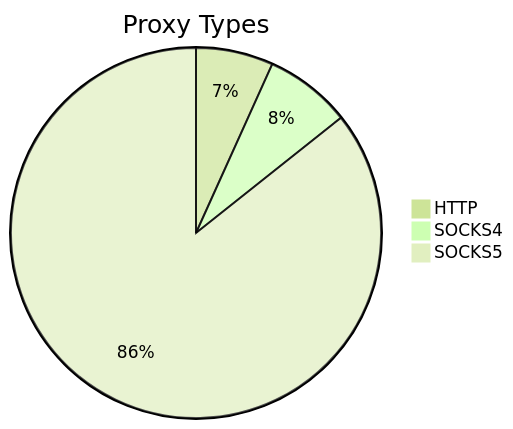
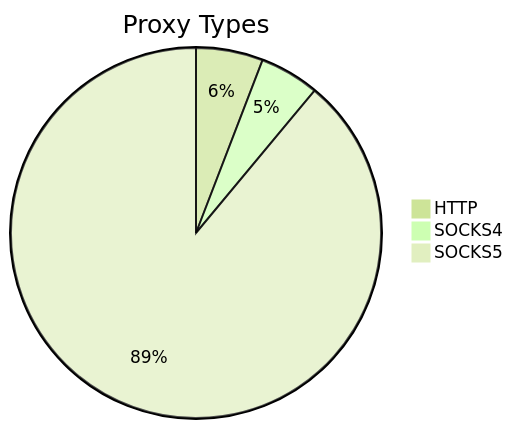
The first of 2 diagrams in README.md (stormsia/proxy-list), drawn with Mermaid (forest theme) before and after one commit. The commit also changed other lines of this file, not shown here.

````diff
--- a/README.md
+++ b/README.md
@@ -21,6 +21,6 @@
 ```mermaid
 pie title Proxy Types
-    "HTTP" : 134
-    "SOCKS4" : 150
-    "SOCKS5" : 1701
+    "HTTP" : 117
+    "SOCKS4" : 104
+    "SOCKS5" : 1780
 ```
````
